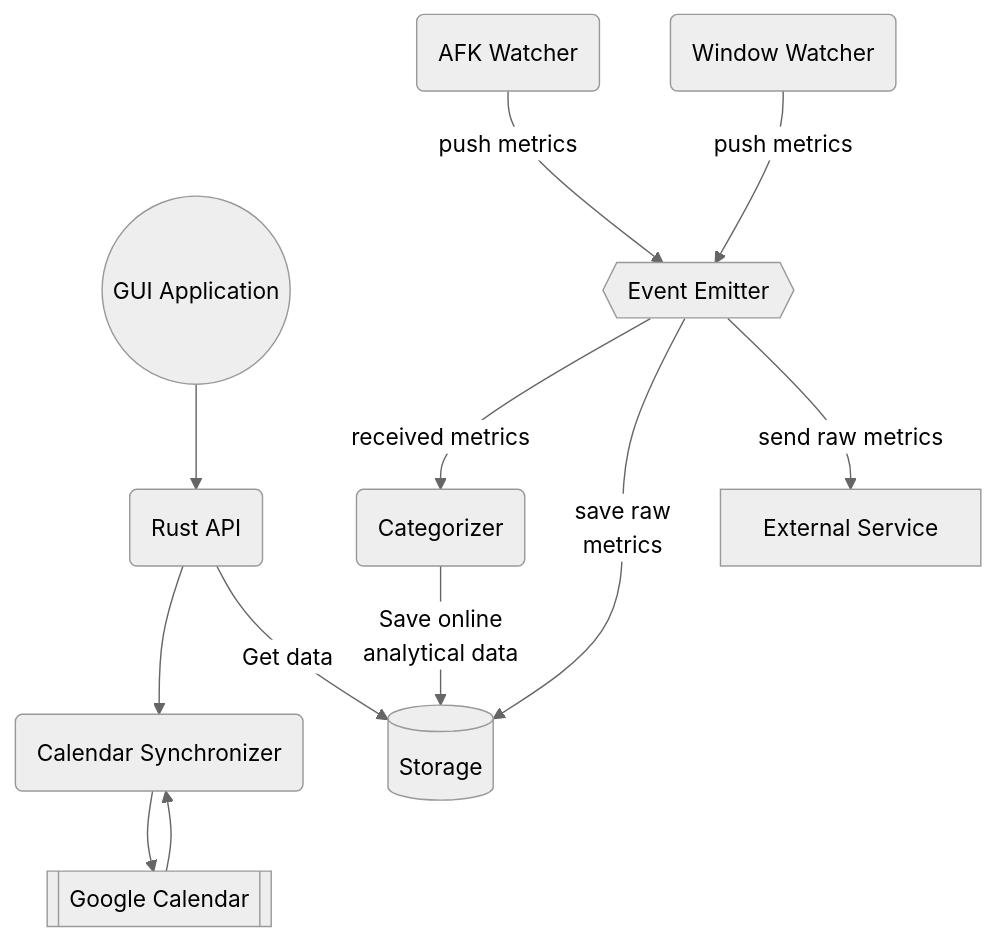
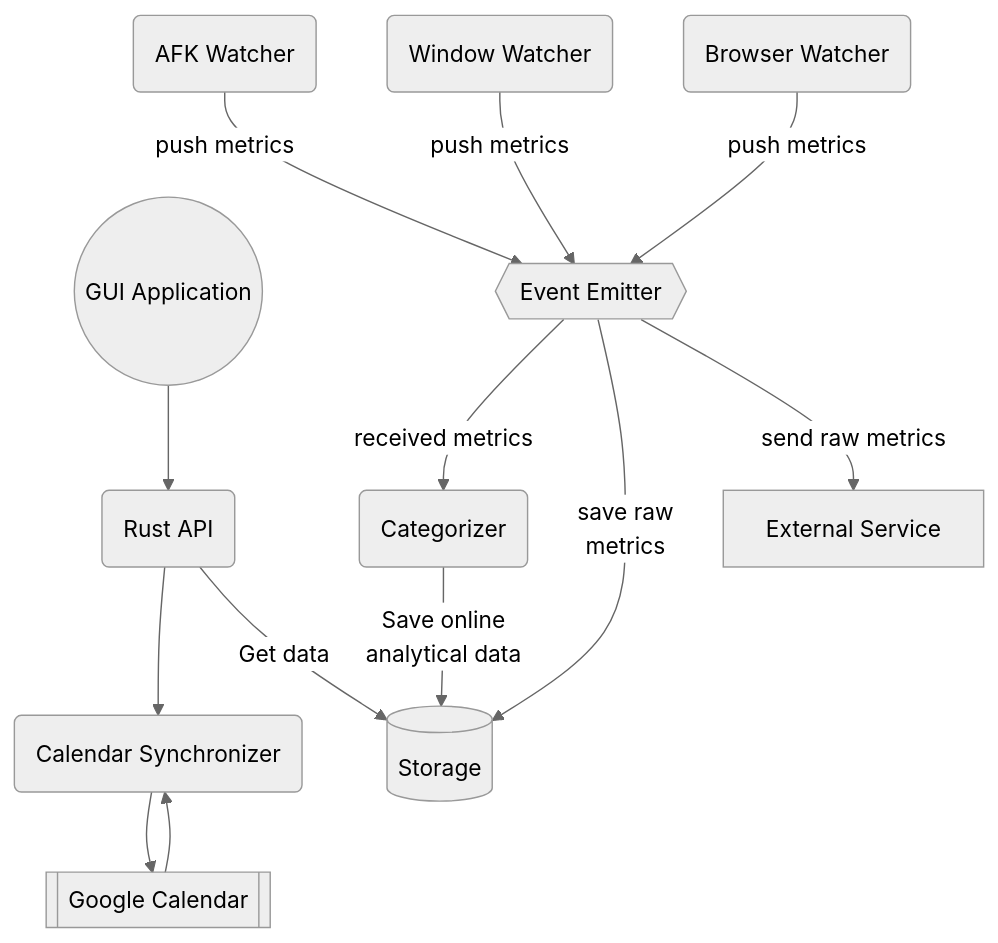
The diagram in docs/architecture.md (TickLabVN/tpulse), drawn with Mermaid (neutral theme) before and after one commit.

````diff
--- a/docs/architecture.md
+++ b/docs/architecture.md
@@ -3,29 +3,31 @@
 ```mermaid
 graph TB
   API(Rust API)
   UI((GUI Application))
   AFKWatcher(AFK Watcher)
   WindowWatcher(Window Watcher)
+  BrowserWatcher(Browser Watcher)
   Categorizer(Categorizer)
   CalendarSynchronizer(Calendar Synchronizer)
   GGCalendar[[Google Calendar]]
   EventEmitter{{Event Emitter}}
   DB[(Storage)]
   3RD[External Service]
 
   AFKWatcher --push metrics--> EventEmitter
   WindowWatcher --push metrics--> EventEmitter
+  BrowserWatcher --push metrics--> EventEmitter
 
   EventEmitter --received metrics--> Categorizer
   EventEmitter --save raw\n metrics--> DB
   EventEmitter --send raw metrics--> 3RD
 
   CalendarSynchronizer --> GGCalendar
   GGCalendar --> CalendarSynchronizer
 
   API --> CalendarSynchronizer
 
   UI --> API
   Categorizer --"Save online\n analytical data"--> DB
   API --Get data--> DB
 ```
````
